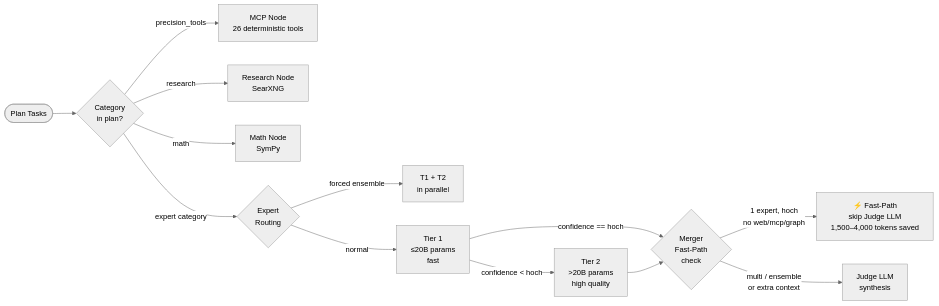
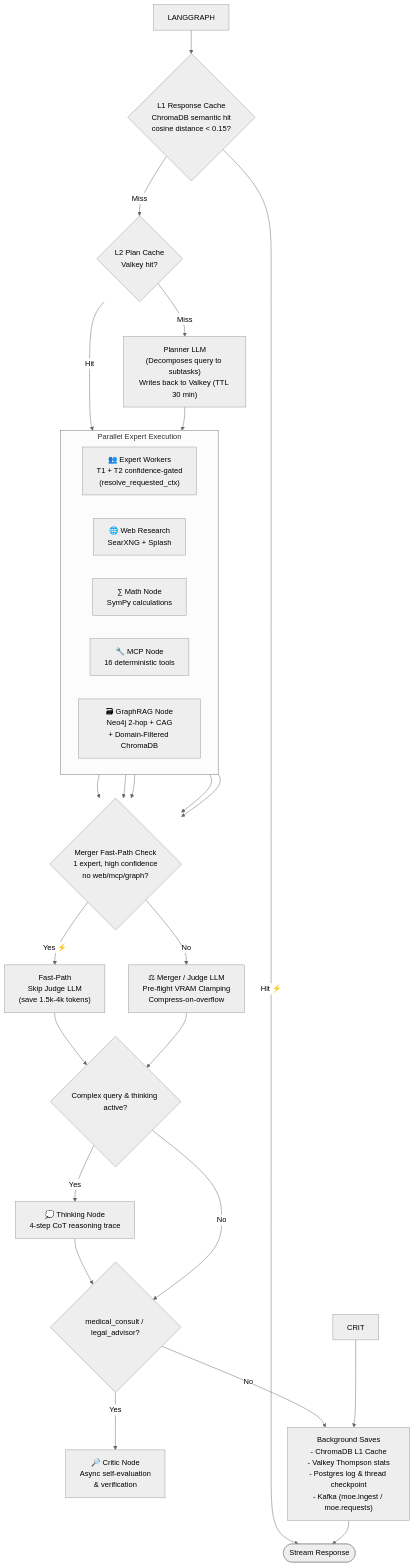
The second of 2 diagrams in docs/system/architecture.md (h3rb3rn/moe-sovereign), drawn with Mermaid (neutral theme) before and after one commit. The commit also changed other lines of this file and 46 other files, not shown here.

````diff
--- a/docs/system/architecture.md
+++ b/docs/system/architecture.md
@@ -283,22 +44,45 @@
 ```mermaid
-flowchart LR
-    PLAN([Plan Tasks]) --> SEL
-
-    SEL{Category\nin plan?}
-    SEL -->|precision_tools| MCP[MCP Node\n26 deterministic tools]
-    SEL -->|research| WEB[Research Node\nSearXNG]
-    SEL -->|math| MATH[Math Node\nSymPy]
-    SEL -->|expert category| ROUTE
-
-    ROUTE{Expert\nRouting}
-    ROUTE -->|forced ensemble| BOTH[T1 + T2\nin parallel]
-    ROUTE -->|normal| T1[Tier 1\n≤20B params\nfast]
-
-    T1 -->|confidence == hoch| MERGE_CHECK
-    T1 -->|confidence < hoch| T2[Tier 2\n>20B params\nhigh quality]
-    T2 --> MERGE_CHECK
-
-    MERGE_CHECK{Merger\nFast-Path\ncheck}
-    MERGE_CHECK -->|1 expert, hoch\nno web/mcp/graph| FP[⚡ Fast-Path\nskip Judge LLM\n1,500–4,000 tokens saved]
-    MERGE_CHECK -->|multi / ensemble\nor extra context| JUDGE[Judge LLM\nsynthesis]
+flowchart TD
+    LANGGRAPH --> L1_CACHE{"L1 Response Cache\nChromaDB semantic hit\ncosine distance < 0.15?"}
+    
+    L1_CACHE -->|Hit ⚡| Done([Stream Response])
+    L1_CACHE -->|Miss| PLAN_CACHE{"L2 Plan Cache\nValkey hit?"}
+    
+    PLAN_CACHE -->|Hit| PARALLEL["Parallel execution fan-out"]
+    PLAN_CACHE -->|Miss| PLAN_LLM["Planner LLM\n(Decomposes query to subtasks)\nWrites back to Valkey (TTL 30 min)"]
+    
+    PLAN_LLM --> PARALLEL
+    
+    subgraph PARALLEL ["Parallel Expert Execution"]
+        direction LR
+        WORKERS["👥 Expert Workers\nT1 + T2 confidence-gated\n(resolve_requested_ctx)"]
+        RESEARCH["🌐 Web Research\nSearXNG + Splash"]
+        MATH["∑ Math Node\nSymPy calculations"]
+        MCP["🔧 MCP Node\n16 deterministic tools"]
+        GRAG["🗃 GraphRAG Node\nNeo4j 2-hop + CAG\n+ Domain-Filtered ChromaDB"]
+    end
+    
+    WORKERS --> MERGE_CHECK{"Merger Fast-Path Check\n1 expert, high confidence\nno web/mcp/graph?"}
+    RESEARCH --> MERGE_CHECK
+    MATH --> MERGE_CHECK
+    MCP --> MERGE_CHECK
+    GRAG --> MERGE_CHECK
+    
+    MERGE_CHECK -->|Yes ⚡| MERGE_FP["Fast-Path\nSkip Judge LLM\n(save 1.5k-4k tokens)"]
+    MERGE_CHECK -->|No| MERGE_JUDGE["⚖ Merger / Judge LLM\nPre-flight VRAM Clamping\nCompress-on-overflow"]
+    
+    MERGE_FP --> THINKING_CHECK{"Complex query & thinking active?"}
+    MERGE_JUDGE --> THINKING_CHECK
+    
+    THINKING_CHECK -->|Yes| THINKING_NODE["💭 Thinking Node\n4-step CoT reasoning trace"]
+    THINKING_NODE --> CRITIC_CHECK{"medical_consult / legal_advisor?"}
+    THINKING_CHECK -->|No| CRITIC_CHECK
+    
+    CRITIC_CHECK -->|Yes| CRITIC["🔎 Critic Node\nAsync self-evaluation\n& verification"]
+    CRITIC_CHECK -->|No| SAVE_STATE
+    CRIT --> SAVE_STATE
+    
+    SAVE_STATE["Background Saves\n- ChromaDB L1 Cache\n- Valkey Thompson stats\n- Postgres log & thread checkpoint\n- Kafka (moe.ingest / moe.requests)"]
+    
+    SAVE_STATE --> Done
 ```
````
